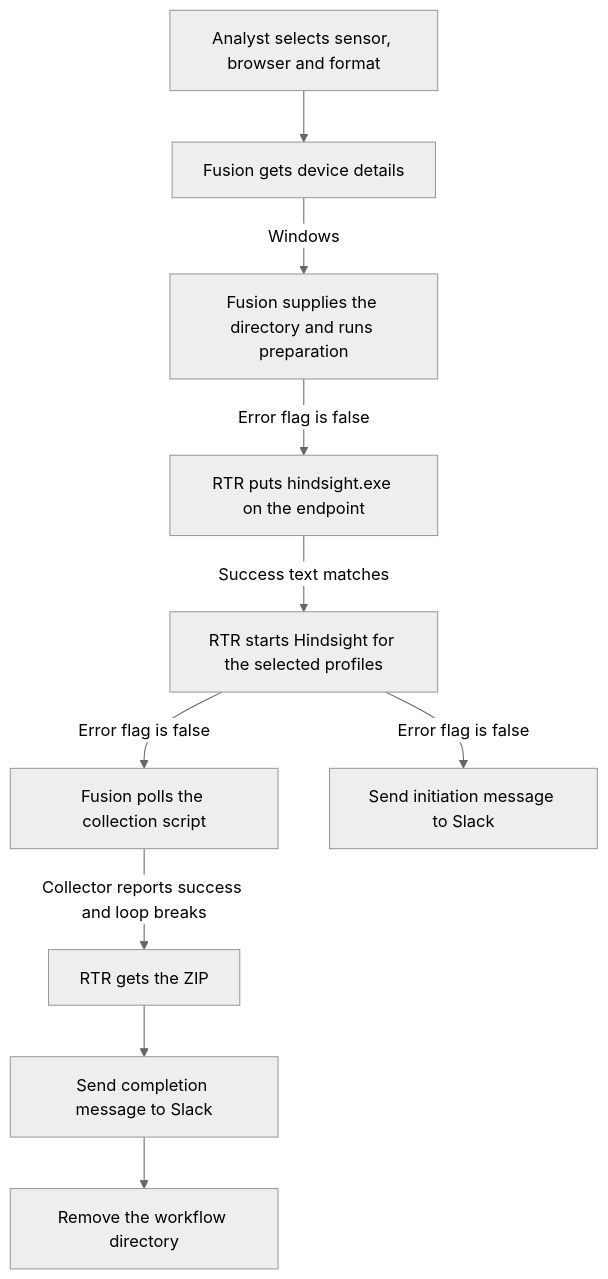
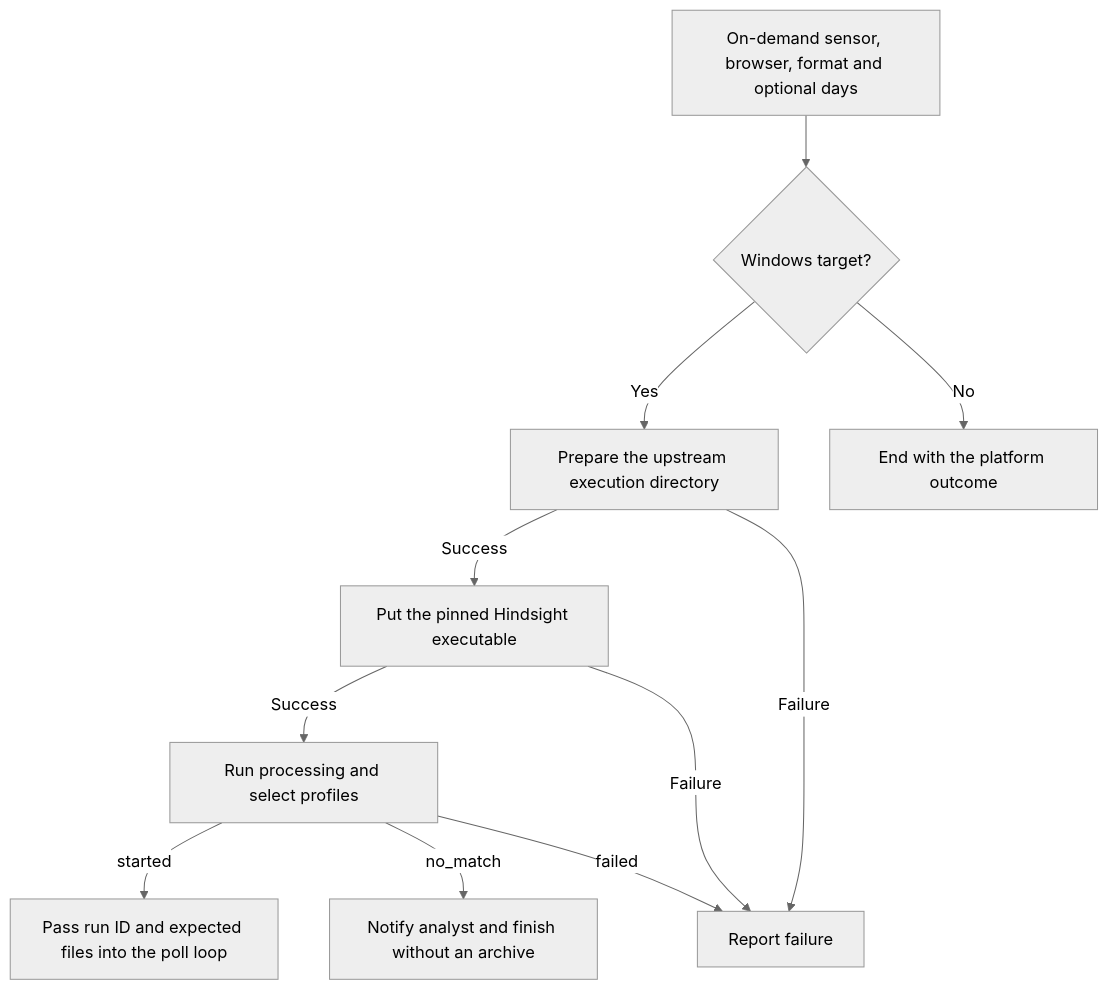
One commit to alexandruhera/crowdstrike-hindsight-soar changed the first of 2 diagrams in docs/workflow.md. Above: the diagram before and after it, drawn with Mermaid (neutral theme). The commit also changed other lines of this file and 17 other files, not shown here.

Commit message:
Add optional profile lookback and verify asynchronous Hindsight results

````diff
--- a/docs/workflow.md
+++ b/docs/workflow.md
@@ -7,14 +7,15 @@
 ```mermaid
 flowchart TD
-    accTitle: Falcon Fusion workflow overview
-    accDescr: Fusion checks the platform, prepares the endpoint, uploads Hindsight and launches processing. On the depicted success path it polls, retrieves the ZIP, sends a Slack message and removes the working directory.
-    trigger["Analyst selects sensor, browser and format"] --> details["Fusion gets device details"]
-    details -->|Windows| prep["Fusion supplies the directory and runs preparation"]
-    prep -->|Error flag is false| put["RTR puts hindsight.exe on the endpoint"]
-    put -->|Success text matches| launch["RTR starts Hindsight for the selected profiles"]
-    launch -->|Error flag is false| poll["Fusion polls the collection script"]
-    launch -->|Error flag is false| notice["Send initiation message to Slack"]
-    poll -->|Collector reports success and loop breaks| get["RTR gets the ZIP"]
-    get --> report["Send completion message to Slack"]
-    report --> cleanup["Remove the workflow directory"]
+    accTitle: Launching a Windows Hindsight collection
+    accDescr: Fusion validates Windows, prepares a dedicated directory and uploads Hindsight. Processing selects profiles and either starts work, returns no match or reports failure.
+    trigger["On-demand sensor, browser, format and optional days"] --> device{"Windows target?"}
+    device -->|Yes| prepare["Prepare the upstream execution directory"]
+    device -->|No| stop["End with the platform outcome"]
+    prepare -->|Success| put["Put the pinned Hindsight executable"]
+    put -->|Success| start["Run processing and select profiles"]
+    start -->|started| loop["Pass run ID and expected files into the poll loop"]
+    start -->|no_match| empty["Notify analyst and finish without an archive"]
+    start -->|failed| error["Report failure"]
+    prepare -->|Failure| error
+    put -->|Failure| error
 ```
````
